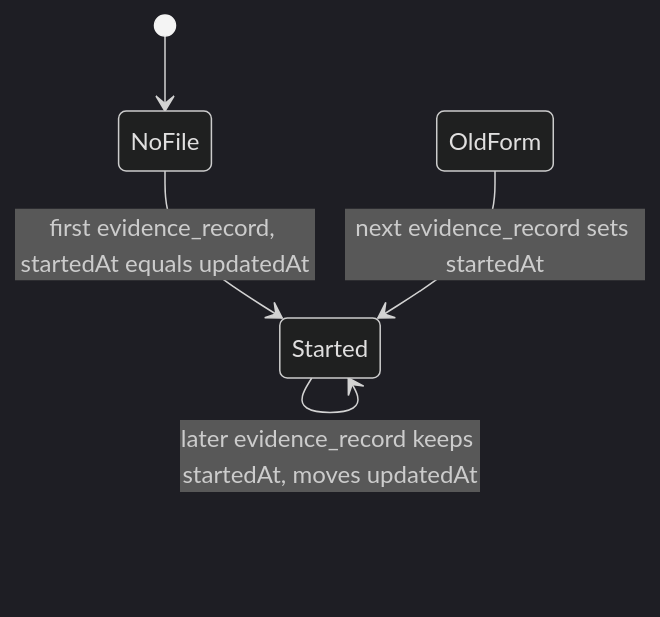
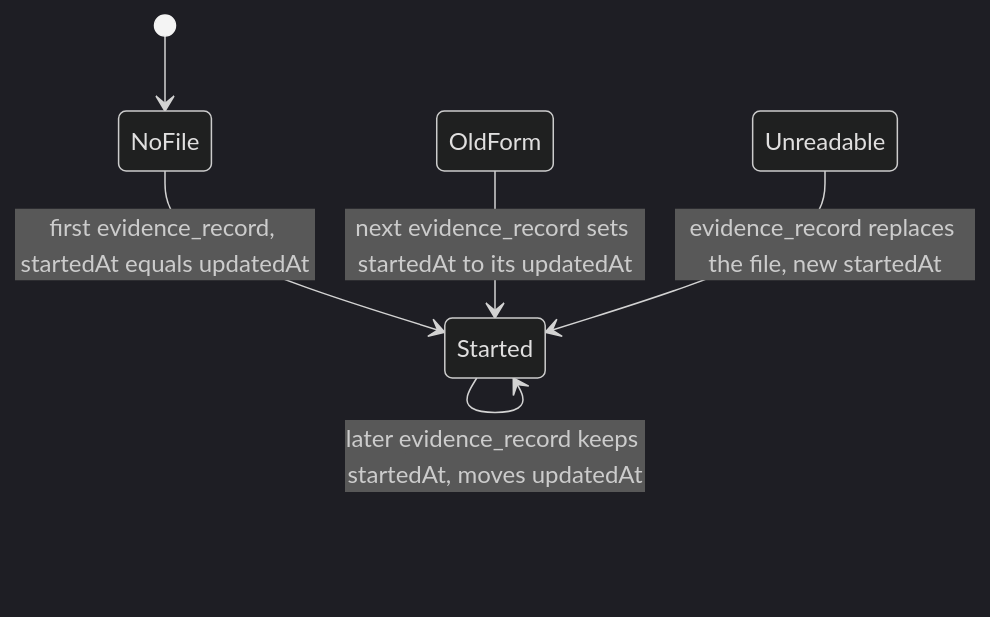
One commit to rnagrodzki/sdlc-plugin changed the fourth of 4 diagrams in openspec/changes/plan-verification-speed/design.md. Above: the diagram before and after it, drawn with Mermaid (dark theme). The commit also changed other lines of this file and 24 other files, not shown here.

````diff
--- a/openspec/changes/plan-verification-speed/design.md
+++ b/openspec/changes/plan-verification-speed/design.md
@@ -113,7 +115,8 @@
 ```mermaid
 stateDiagram-v2
   [*] --> NoFile
   NoFile --> Started: first evidence_record, startedAt equals updatedAt
-  OldForm --> Started: next evidence_record sets startedAt
+  OldForm --> Started: next evidence_record sets startedAt to its updatedAt
+  Unreadable --> Started: evidence_record replaces the file, new startedAt
   Started --> Started: later evidence_record keeps startedAt, moves updatedAt
 ```
````
